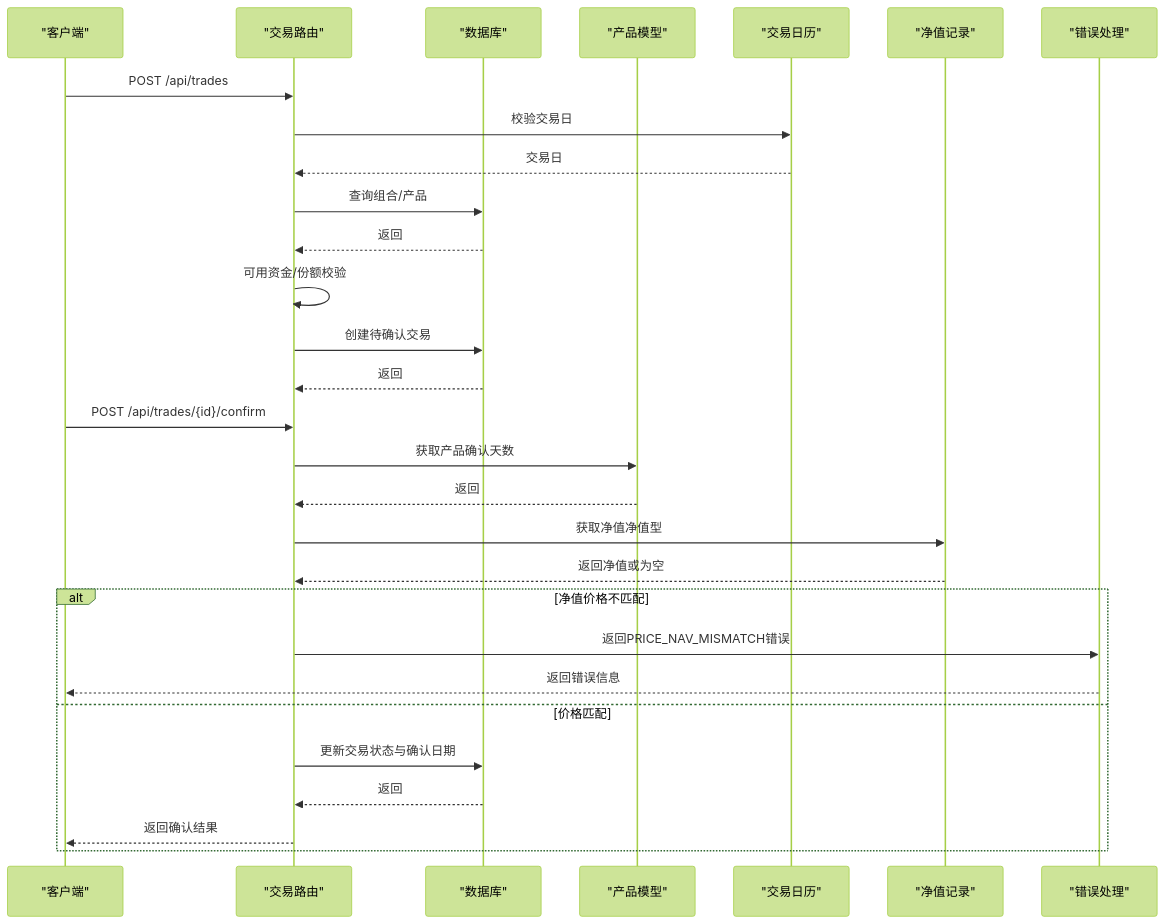
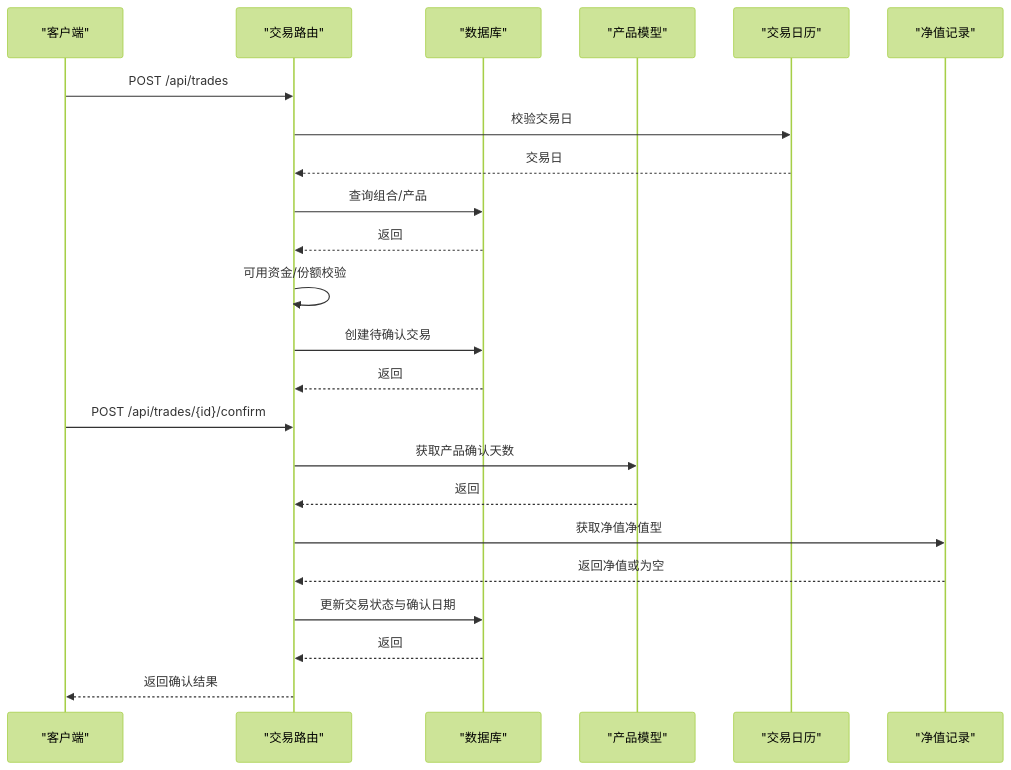
The fifth of 10 diagrams in .qoder/repowiki/zh/content/后端API文档/后端API文档.md (gujialind/InvestRing), drawn with Mermaid (forest theme) before and after one commit. The commit also changed other lines of this file and 65 other files, not shown here.

````diff
--- a/.qoder/repowiki/zh/content/后端API文档/后端API文档.md
+++ b/.qoder/repowiki/zh/content/后端API文档/后端API文档.md
@@ -908,31 +862,25 @@
 ```mermaid
 sequenceDiagram
 participant Client as "客户端"
 participant Trades as "交易路由"
 participant DB as "数据库"
 participant Prod as "产品模型"
 participant Cal as "交易日历"
 participant Price as "净值记录"
-participant Err as "错误处理"
 Client->>Trades : POST /api/trades
 Trades->>Cal : 校验交易日
 Cal-->>Trades : 交易日
 Trades->>DB : 查询组合/产品
 DB-->>Trades : 返回
 Trades->>Trades : 可用资金/份额校验
 Trades->>DB : 创建待确认交易
 DB-->>Trades : 返回
 Client->>Trades : POST /api/trades/{id}/confirm
 Trades->>Prod : 获取产品确认天数
 Prod-->>Trades : 返回
 Trades->>Price : 获取净值净值型
 Price-->>Trades : 返回净值或为空
-alt 净值价格不匹配
-Trades->>Err : 返回PRICE_NAV_MISMATCH错误
-Err-->>Client : 返回错误信息
-else 价格匹配
 Trades->>DB : 更新交易状态与确认日期
 DB-->>Trades : 返回
 Trades-->>Client : 返回确认结果
-end
 ```
````
